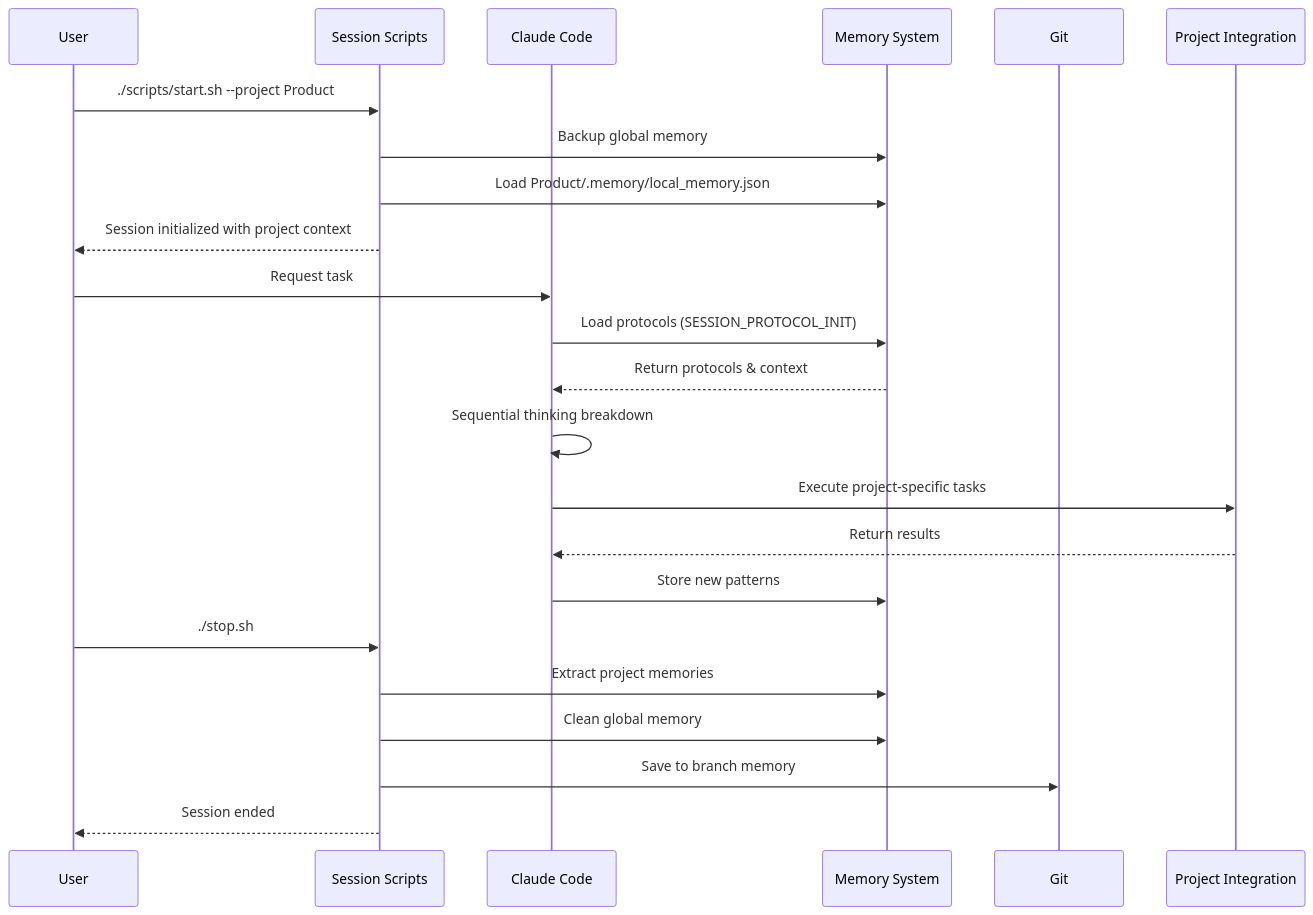
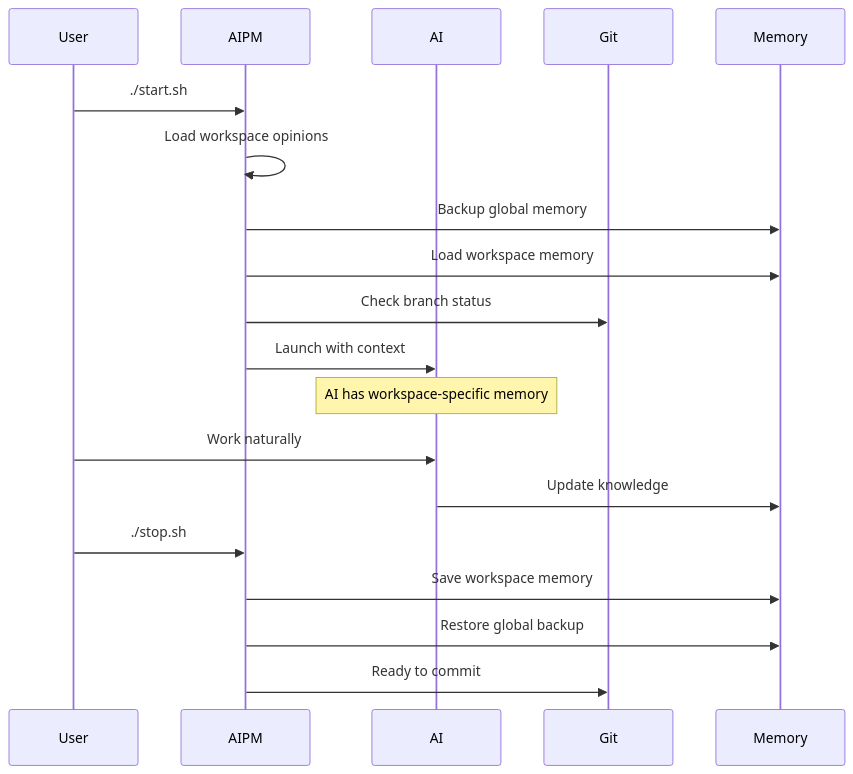
One commit to getHarshOnline/AIPM changed the third of 8 diagrams in AIPM.md. Above: the diagram before and after it, drawn with Mermaid. The commit also changed other lines of this file and 25 other files, not shown here.

First line of the commit message:
feat: Major architectural restructuring and refinement

````diff
--- a/AIPM.md
+++ b/AIPM.md
@@ -66,28 +45,25 @@
 ```mermaid
 sequenceDiagram
     participant User
-    participant Scripts as Session Scripts
-    participant Claude as Claude Code
-    participant Memory as Memory System
+    participant AIPM
+    participant AI
     participant Git
-    participant Project as Project Integration
+    participant Memory
+
+    User->>AIPM: ./start.sh
+    AIPM->>AIPM: Load workspace opinions
+    AIPM->>Memory: Backup global memory
+    AIPM->>Memory: Load workspace memory
+    AIPM->>Git: Check branch status
+    AIPM->>AI: Launch with context
     
-    User->>Scripts: ./scripts/start.sh --project Product
-    Scripts->>Memory: Backup global memory
-    Scripts->>Memory: Load Product/.memory/local_memory.json
-    Scripts-->>User: Session initialized with project context
+    Note over AI: AI has workspace-specific memory
     
-    User->>Claude: Request task
-    Claude->>Memory: Load protocols (SESSION_PROTOCOL_INIT)
-    Memory-->>Claude: Return protocols & context
-    Claude->>Claude: Sequential thinking breakdown
-    Claude->>Project: Execute project-specific tasks
-    Project-->>Claude: Return results
-    Claude->>Memory: Store new patterns
+    User->>AI: Work naturally
+    AI->>Memory: Update knowledge
     
-    User->>Scripts: ./stop.sh
-    Scripts->>Memory: Extract project memories
-    Scripts->>Memory: Clean global memory
-    Scripts->>Git: Save to branch memory
-    Scripts-->>User: Session ended
+    User->>AIPM: ./stop.sh
+    AIPM->>Memory: Save workspace memory
+    AIPM->>Memory: Restore global backup
+    AIPM->>Git: Ready to commit
 ```
````
